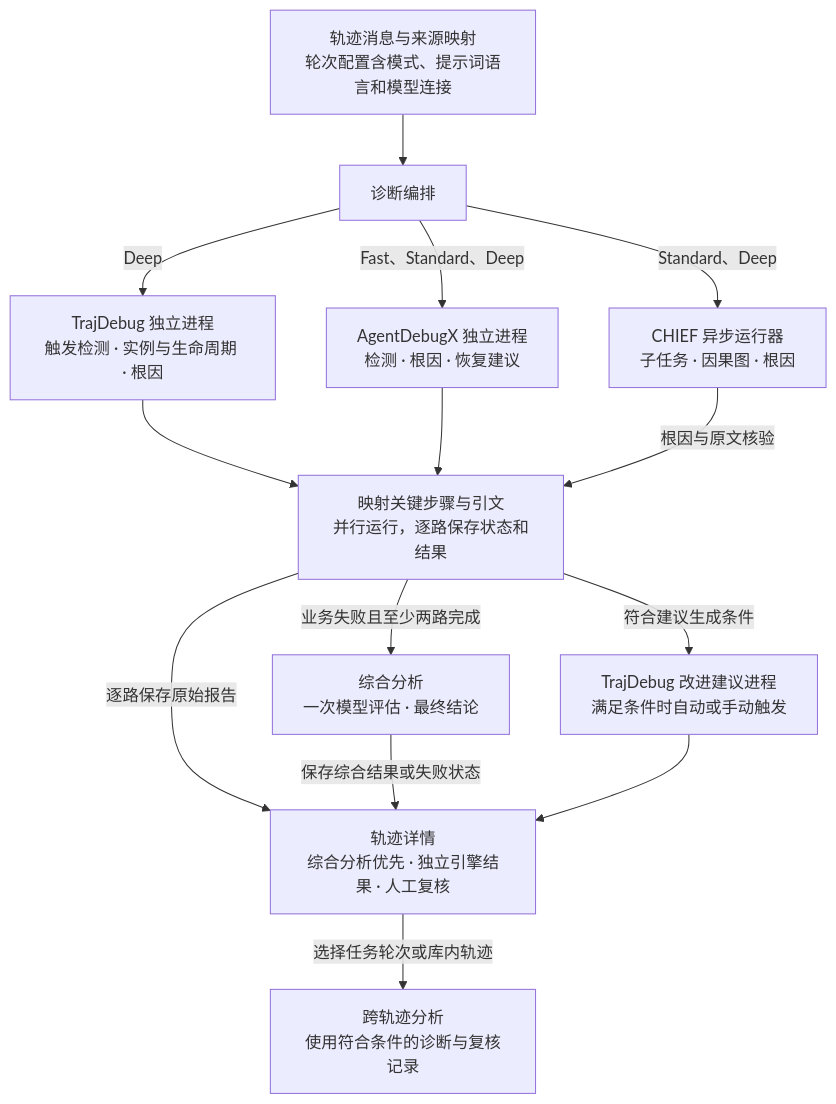
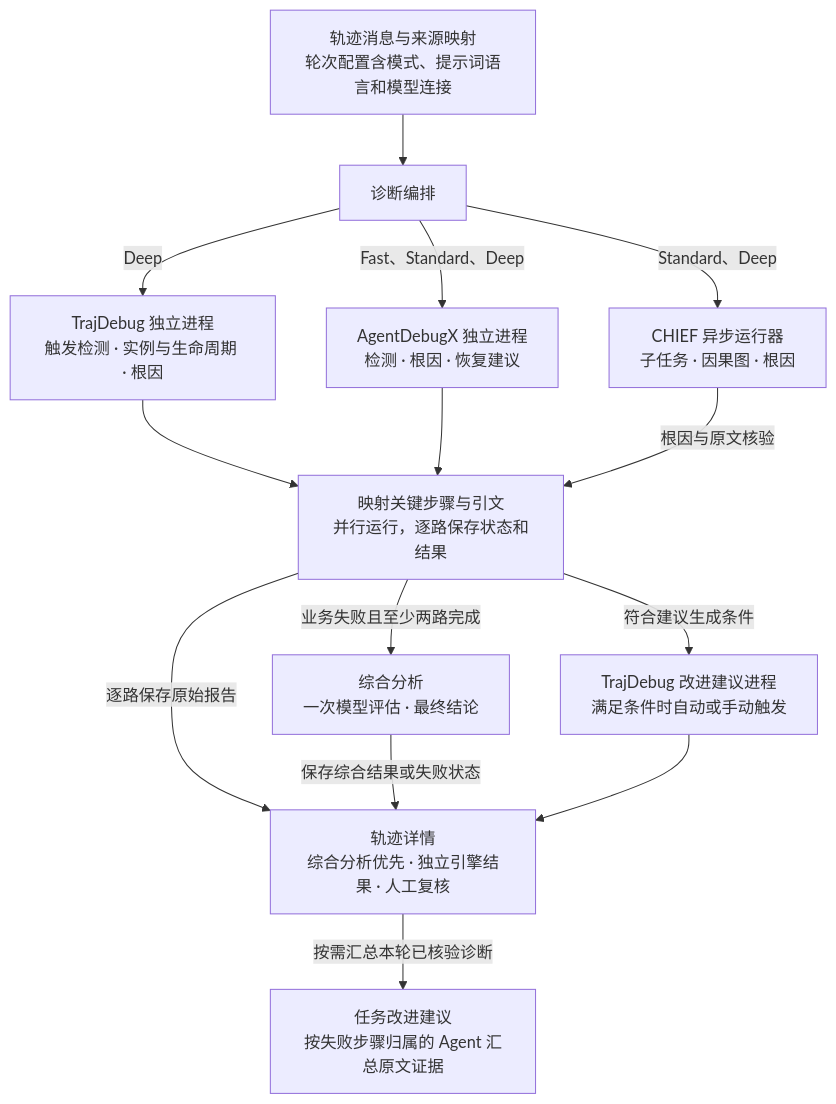
Before and after one commit to szluoqy-byte/agent-trace-diagnostics: the second of 2 diagrams in docs/architecture.md, drawn with Mermaid. The commit also changed other lines of this file and 30 other files, not shown here.

````diff
--- a/docs/architecture.md
+++ b/docs/architecture.md
@@ -48,27 +50,27 @@
 ```mermaid
 flowchart TB
     Input["轨迹消息与来源映射<br/>轮次配置含模式、提示词语言和模型连接"]
     Dispatch["诊断编排"]
     TD["TrajDebug 独立进程<br/>触发检测 · 实例与生命周期 · 根因"]
     AD["AgentDebugX 独立进程<br/>检测 · 根因 · 恢复建议"]
     CH["CHIEF 异步运行器<br/>子任务 · 因果图 · 根因"]
     Evidence["映射关键步骤与引文<br/>并行运行，逐路保存状态和结果"]
     Synthesis["综合分析<br/>一次模型评估 · 最终结论"]
     Feedback["TrajDebug 改进建议进程<br/>满足条件时自动或手动触发"]
     Report["轨迹详情<br/>综合分析优先 · 独立引擎结果 · 人工复核"]
-    Aggregate["跨轨迹分析<br/>使用符合条件的诊断与复核记录"]
+    Improvements["任务改进建议<br/>按失败步骤归属的 Agent 汇总原文证据"]
 
     Input --> Dispatch
     Dispatch -->|Deep| TD
     Dispatch -->|Fast、Standard、Deep| AD
     Dispatch -->|Standard、Deep| CH
     TD --> Evidence
     AD --> Evidence
     CH -->|根因与原文核验| Evidence
     Evidence -->|逐路保存原始报告| Report
     Evidence -->|业务失败且至少两路完成| Synthesis
     Synthesis -->|保存综合结果或失败状态| Report
     Evidence -->|符合建议生成条件| Feedback
     Feedback --> Report
-    Report -->|选择任务轮次或库内轨迹| Aggregate
+    Report -->|按需汇总本轮已核验诊断| Improvements
 ```
````
